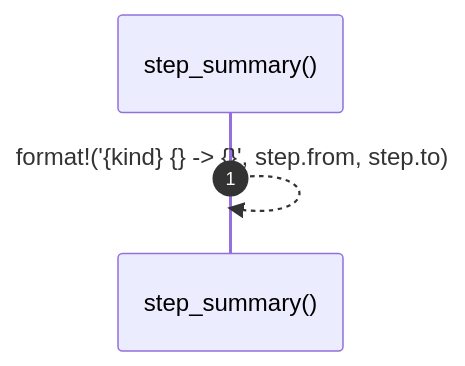
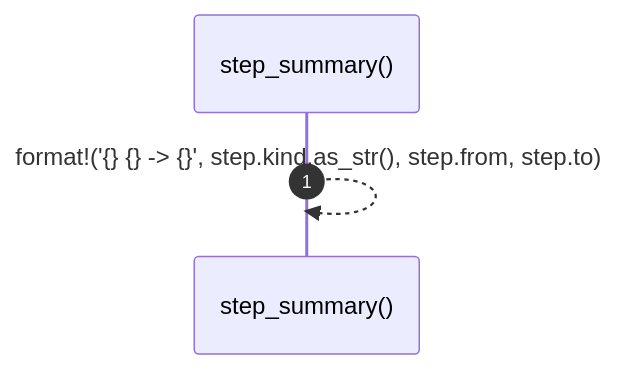
Before and after one commit to RyanGuild/self-describing-code: the diagram in docs/self-model/robby_render/step-summary.md, drawn with Mermaid. The commit also changed other lines of this file and 747 other files, not shown here.

````diff
--- a/docs/self-model/robby_render/step-summary.md
+++ b/docs/self-model/robby_render/step-summary.md
@@ -28,6 +21,6 @@
 ```mermaid
 sequenceDiagram
     autonumber
     participant step_summary as step_summary()
-    step_summary-->>step_summary: format!('{kind} {} -> {}', step.from, step.to)
+    step_summary-->>step_summary: format!('{} {} -> {}', step.kind.as_str(), step.from, step.to)
 ```
````
